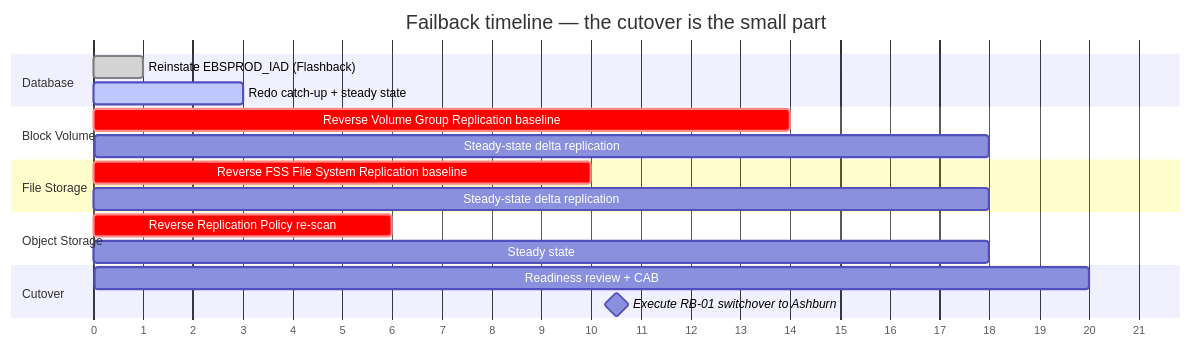
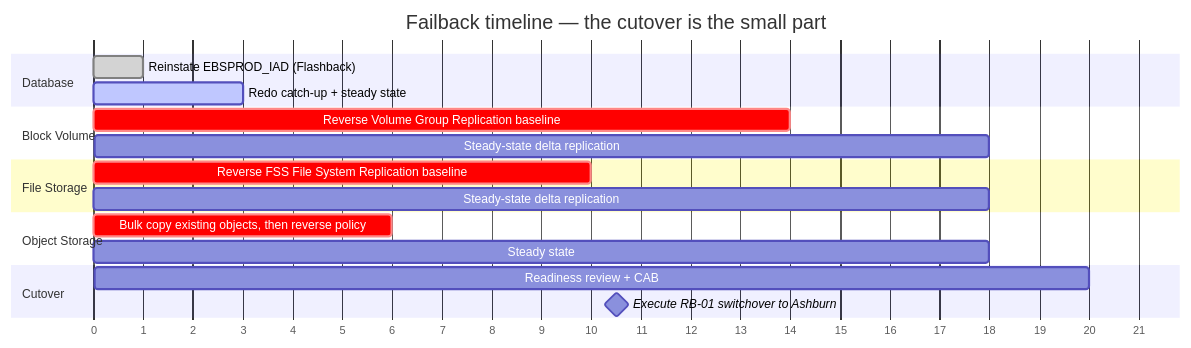
One commit to opscontinuum/oci-itscp changed the diagram in runbooks/RB-03-failback.md. Above: the diagram before and after it, drawn with Mermaid. The commit also changed other lines of this file and 40 other files, not shown here.

````diff
--- a/runbooks/RB-03-failback.md
+++ b/runbooks/RB-03-failback.md
@@ -11,21 +11,21 @@
 ```mermaid
 gantt
     title Failback timeline — the cutover is the small part
     dateFormat X
     axisFormat %s
     section Database
     Reinstate EBSPROD_IAD (Flashback)      :done, a1, 0, 1
     Redo catch-up + steady state           :active, a2, 1, 3
     section Block Volume
     Reverse Volume Group Replication baseline  :crit, b1, 0, 14
     Steady-state delta replication             :b2, 14, 18
     section File Storage
     Reverse FSS File System Replication baseline :crit, c1, 0, 10
     Steady-state delta replication               :c2, 10, 18
     section Object Storage
-    Reverse Replication Policy re-scan         :crit, d1, 0, 6
+    Bulk copy existing objects, then reverse policy  :crit, d1, 0, 6
     Steady state                               :d2, 6, 18
     section Cutover
     Readiness review + CAB                     :e1, 18, 20
     Execute RB-01 switchover to Ashburn        :milestone, e2, 20, 21
 ```
````
